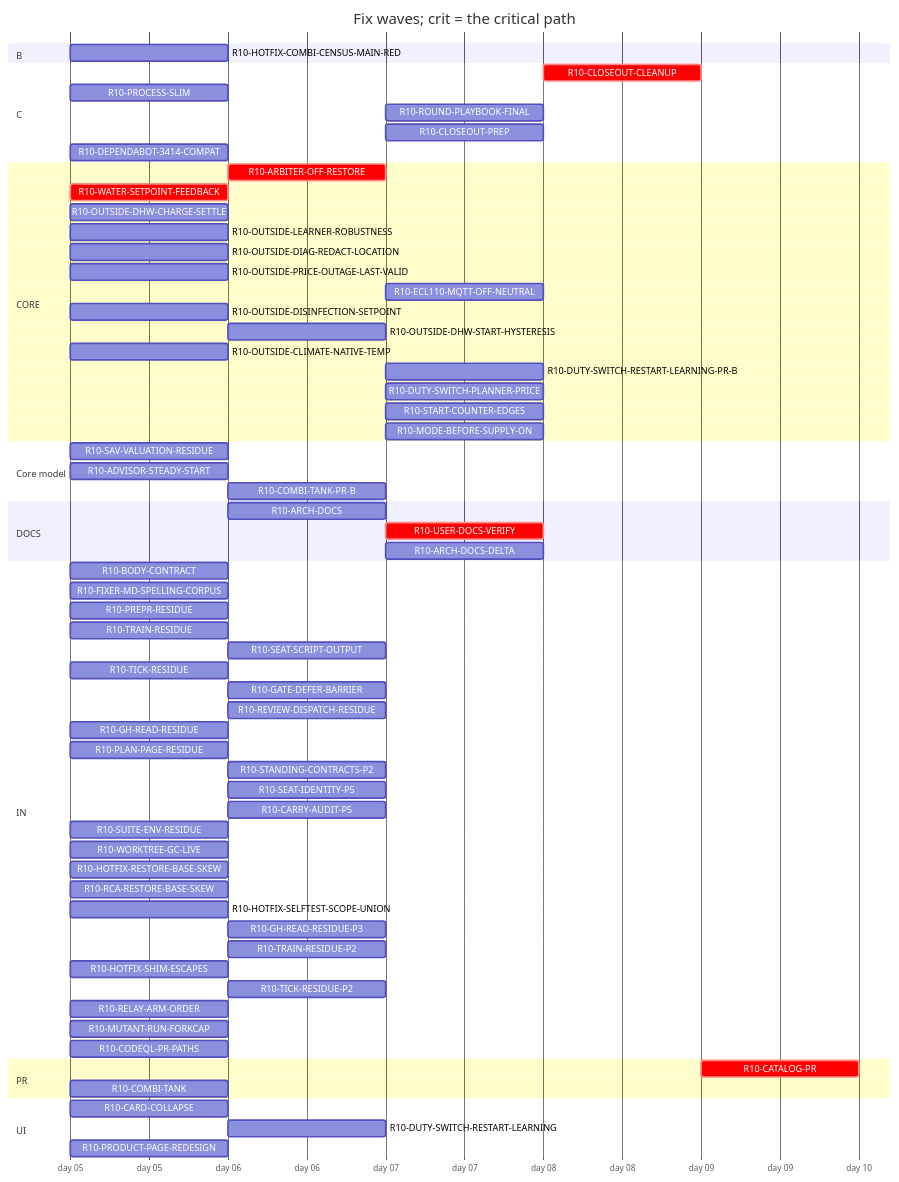
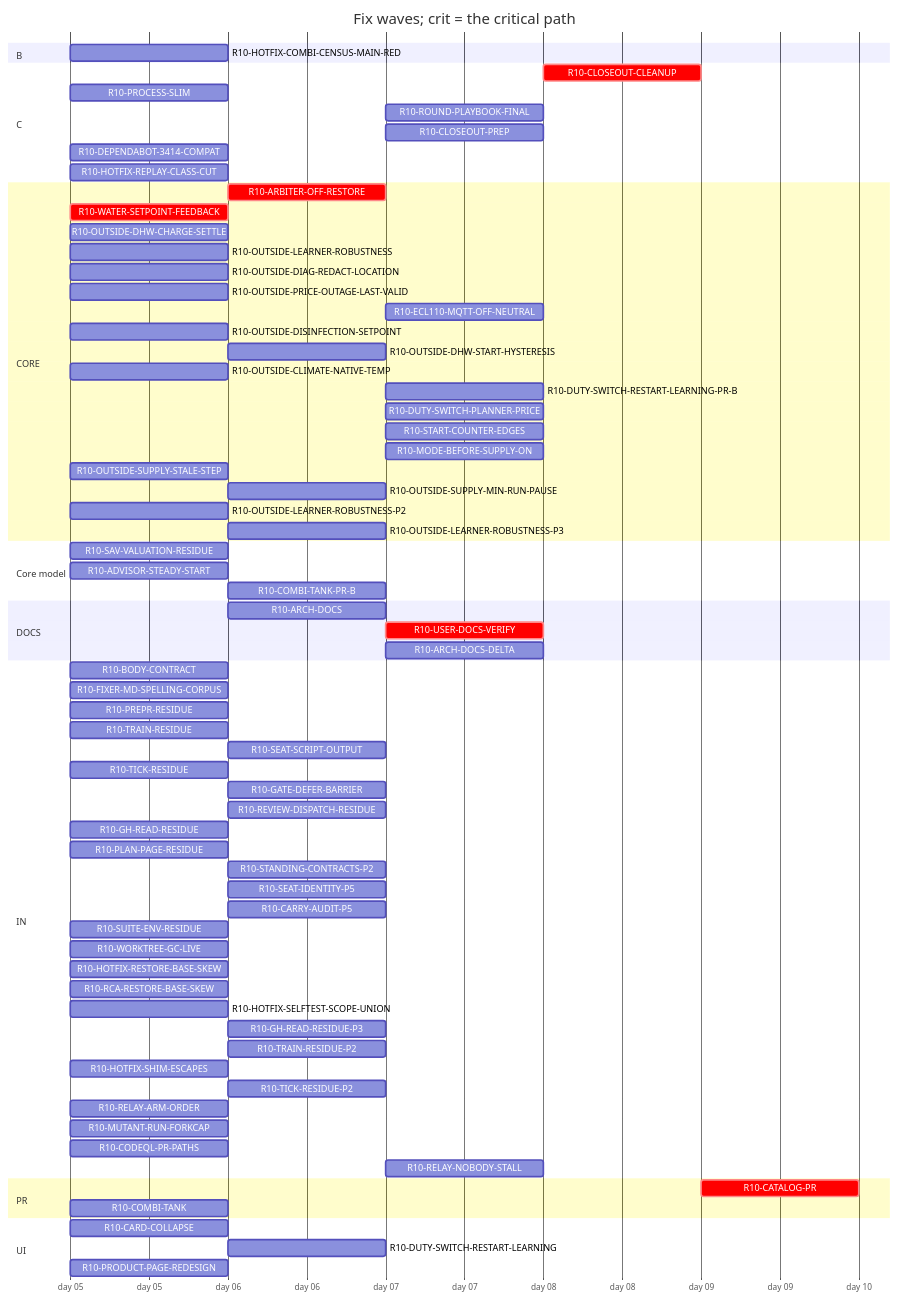
The diagram in handoff/round10/state/PLAN-TABLE.md (tvofi/heatpump_optimizer), drawn with Mermaid before and after one commit. The commit also changed other lines of this file and 3 other files, not shown here.

Commit message:
state: FLOW-BOARD.md, NEXT-SESSION-PROMPT.md, PLAN-TABLE.md, RESUME-CURRENT.md regenerated (state_docs.py)

````diff
--- a/handoff/round10/state/PLAN-TABLE.md
+++ b/handoff/round10/state/PLAN-TABLE.md
@@ -21,70 +21,76 @@
 ```mermaid
 gantt
   title Fix waves; crit = the critical path
   dateFormat YYYY-MM-DD
   axisFormat day %d
   section B
     R10-HOTFIX-COMBI-CENSUS-MAIN-RED :r10HOTFIXCOMBICENSUSMAINRED, 2026-01-05, 1d
   section C
     R10-CLOSEOUT-CLEANUP :crit, r10CLOSEOUTCLEANUP, after r10ARCHDOCS r10USERDOCSVERIFY r10ROUNDPLAYBOOKFINAL r10CLOSEOUTPREP r10ARCHDOCSDELTA, 1d
     R10-PROCESS-SLIM :r10PROCESSSLIM, 2026-01-05, 1d
     R10-ROUND-PLAYBOOK-FINAL :r10ROUNDPLAYBOOKFINAL, after r10BODYCONTRACT r10PROCESSSLIM r10FIXERMDSPELLINGCORPUS r10PREPRRESIDUE r10SEATSCRIPTOUTPUT r10REVIEWDISPATCHRESIDUE r10CARRYAUDITP5 r10TICKRESIDUE r10SEATIDENTITYP5 r10STANDINGCONTRACTSP2 r10PLANPAGERESIDUE r10TRAINRESIDUE r10GHREADRESIDUE r10SUITEENVRESIDUE r10GATEDEFERBARRIER r10WORKTREEGCLIVE, 1d
     R10-CLOSEOUT-PREP :r10CLOSEOUTPREP, after r10ARCHDOCS r10BODYCONTRACT r10PROCESSSLIM r10FIXERMDSPELLINGCORPUS r10PREPRRESIDUE r10SEATSCRIPTOUTPUT r10REVIEWDISPATCHRESIDUE r10CARRYAUDITP5 r10TICKRESIDUE r10SEATIDENTITYP5 r10STANDINGCONTRACTSP2 r10PLANPAGERESIDUE r10TRAINRESIDUE r10GHREADRESIDUE r10SUITEENVRESIDUE r10GATEDEFERBARRIER r10WORKTREEGCLIVE, 1d
     R10-DEPENDABOT-3414-COMPAT :r10DEPENDABOT3414COMPAT, 2026-01-05, 1d
+    R10-HOTFIX-REPLAY-CLASS-CUT :r10HOTFIXREPLAYCLASSCUT, 2026-01-05, 1d
   section CORE
     R10-ARBITER-OFF-RESTORE :crit, r10ARBITEROFFRESTORE, after r10WATERSETPOINTFEEDBACK, 1d
     R10-WATER-SETPOINT-FEEDBACK :crit, r10WATERSETPOINTFEEDBACK, 2026-01-05, 1d
     R10-OUTSIDE-DHW-CHARGE-SETTLE :r10OUTSIDEDHWCHARGESETTLE, 2026-01-05, 1d
     R10-OUTSIDE-LEARNER-ROBUSTNESS :r10OUTSIDELEARNERROBUSTNESS, 2026-01-05, 1d
     R10-OUTSIDE-DIAG-REDACT-LOCATION :r10OUTSIDEDIAGREDACTLOCATION, 2026-01-05, 1d
     R10-OUTSIDE-PRICE-OUTAGE-LAST-VALID :r10OUTSIDEPRICEOUTAGELASTVALID, 2026-01-05, 1d
     R10-ECL110-MQTT-OFF-NEUTRAL :r10ECL110MQTTOFFNEUTRAL, after r10ARBITEROFFRESTORE, 1d
     R10-OUTSIDE-DISINFECTION-SETPOINT :r10OUTSIDEDISINFECTIONSETPOINT, 2026-01-05, 1d
     R10-OUTSIDE-DHW-START-HYSTERESIS :r10OUTSIDEDHWSTARTHYSTERESIS, after r10OUTSIDEDISINFECTIONSETPOINT, 1d
     R10-OUTSIDE-CLIMATE-NATIVE-TEMP :r10OUTSIDECLIMATENATIVETEMP, 2026-01-05, 1d
     R10-DUTY-SWITCH-RESTART-LEARNING-PR-B :r10DUTYSWITCHRESTARTLEARNINGPRB, after r10DUTYSWITCHRESTARTLEARNING, 1d
     R10-DUTY-SWITCH-PLANNER-PRICE :r10DUTYSWITCHPLANNERPRICE, after r10DUTYSWITCHRESTARTLEARNING, 1d
     R10-START-COUNTER-EDGES :r10STARTCOUNTEREDGES, after r10DUTYSWITCHRESTARTLEARNING, 1d
     R10-MODE-BEFORE-SUPPLY-ON :r10MODEBEFORESUPPLYON, after r10DUTYSWITCHRESTARTLEARNING, 1d
+    R10-OUTSIDE-SUPPLY-STALE-STEP :r10OUTSIDESUPPLYSTALESTEP, 2026-01-05, 1d
+    R10-OUTSIDE-SUPPLY-MIN-RUN-PAUSE :r10OUTSIDESUPPLYMINRUNPAUSE, after r10OUTSIDESUPPLYSTALESTEP, 1d
+    R10-OUTSIDE-LEARNER-ROBUSTNESS-P2 :r10OUTSIDELEARNERROBUSTNESSP2, 2026-01-05, 1d
+    R10-OUTSIDE-LEARNER-ROBUSTNESS-P3 :r10OUTSIDELEARNERROBUSTNESSP3, after r10OUTSIDELEARNERROBUSTNESS r10OUTSIDELEARNERROBUSTNESSP2, 1d
   section Core model
     R10-SAV-VALUATION-RESIDUE :r10SAVVALUATIONRESIDUE, 2026-01-05, 1d
     R10-ADVISOR-STEADY-START :r10ADVISORSTEADYSTART, 2026-01-05, 1d
     R10-COMBI-TANK-PR-B :r10COMBITANKPRB, after r10COMBITANK, 1d
   section DOCS
     R10-ARCH-DOCS :r10ARCHDOCS, after r10BODYCONTRACT r10PROCESSSLIM, 1d
     R10-USER-DOCS-VERIFY :crit, r10USERDOCSVERIFY, after r10ARBITEROFFRESTORE r10COMBITANK r10PRODUCTPAGEREDESIGN, 1d
     R10-ARCH-DOCS-DELTA :r10ARCHDOCSDELTA, after r10ARCHDOCS r10ARBITEROFFRESTORE r10COMBITANK r10SAVVALUATIONRESIDUE r10ADVISORSTEADYSTART r10COMBITANKPRB, 1d
   section IN
     R10-BODY-CONTRACT :r10BODYCONTRACT, 2026-01-05, 1d
     R10-FIXER-MD-SPELLING-CORPUS :r10FIXERMDSPELLINGCORPUS, 2026-01-05, 1d
     R10-PREPR-RESIDUE :r10PREPRRESIDUE, 2026-01-05, 1d
     R10-TRAIN-RESIDUE :r10TRAINRESIDUE, 2026-01-05, 1d
     R10-SEAT-SCRIPT-OUTPUT :r10SEATSCRIPTOUTPUT, after r10TRAINRESIDUE, 1d
     R10-TICK-RESIDUE :r10TICKRESIDUE, 2026-01-05, 1d
     R10-GATE-DEFER-BARRIER :r10GATEDEFERBARRIER, after r10TRAINRESIDUE r10TICKRESIDUE, 1d
     R10-REVIEW-DISPATCH-RESIDUE :r10REVIEWDISPATCHRESIDUE, after r10PROCESSSLIM, 1d
     R10-GH-READ-RESIDUE :r10GHREADRESIDUE, 2026-01-05, 1d
     R10-PLAN-PAGE-RESIDUE :r10PLANPAGERESIDUE, 2026-01-05, 1d
     R10-STANDING-CONTRACTS-P2 :r10STANDINGCONTRACTSP2, after r10FIXERMDSPELLINGCORPUS, 1d
     R10-SEAT-IDENTITY-P5 :r10SEATIDENTITYP5, after r10TICKRESIDUE, 1d
     R10-CARRY-AUDIT-P5 :r10CARRYAUDITP5, after r10BODYCONTRACT, 1d
     R10-SUITE-ENV-RESIDUE :r10SUITEENVRESIDUE, 2026-01-05, 1d
     R10-WORKTREE-GC-LIVE :r10WORKTREEGCLIVE, 2026-01-05, 1d
     R10-HOTFIX-RESTORE-BASE-SKEW :r10HOTFIXRESTOREBASESKEW, 2026-01-05, 1d
     R10-RCA-RESTORE-BASE-SKEW :r10RCARESTOREBASESKEW, 2026-01-05, 1d
     R10-HOTFIX-SELFTEST-SCOPE-UNION :r10HOTFIXSELFTESTSCOPEUNION, 2026-01-05, 1d
     R10-GH-READ-RESIDUE-P3 :r10GHREADRESIDUEP3, after r10TICKRESIDUE r10GHREADRESIDUE, 1d
     R10-TRAIN-RESIDUE-P2 :r10TRAINRESIDUEP2, after r10TRAINRESIDUE, 1d
     R10-HOTFIX-SHIM-ESCAPES :r10HOTFIXSHIMESCAPES, 2026-01-05, 1d
     R10-TICK-RESIDUE-P2 :r10TICKRESIDUEP2, after r10TICKRESIDUE, 1d
     R10-RELAY-ARM-ORDER :r10RELAYARMORDER, 2026-01-05, 1d
     R10-MUTANT-RUN-FORKCAP :r10MUTANTRUNFORKCAP, 2026-01-05, 1d
     R10-CODEQL-PR-PATHS :r10CODEQLPRPATHS, 2026-01-05, 1d
+    R10-RELAY-NOBODY-STALL :r10RELAYNOBODYSTALL, after r10RELAYARMORDER r10REVIEWDISPATCHRESIDUE, 1d
   section PR
     R10-CATALOG-PR :crit, r10CATALOGPR, after r10USERDOCSVERIFY r10ARCHDOCS r10ROUNDPLAYBOOKFINAL r10CLOSEOUTCLEANUP r10CLOSEOUTPREP r10ARCHDOCSDELTA, 1d
     R10-COMBI-TANK :r10COMBITANK, 2026-01-05, 1d
   section UI
     R10-CARD-COLLAPSE :r10CARDCOLLAPSE, 2026-01-05, 1d
     R10-DUTY-SWITCH-RESTART-LEARNING :r10DUTYSWITCHRESTARTLEARNING, after r10WATERSETPOINTFEEDBACK, 1d
     R10-PRODUCT-PAGE-REDESIGN :r10PRODUCTPAGEREDESIGN, 2026-01-05, 1d
 ```
````
